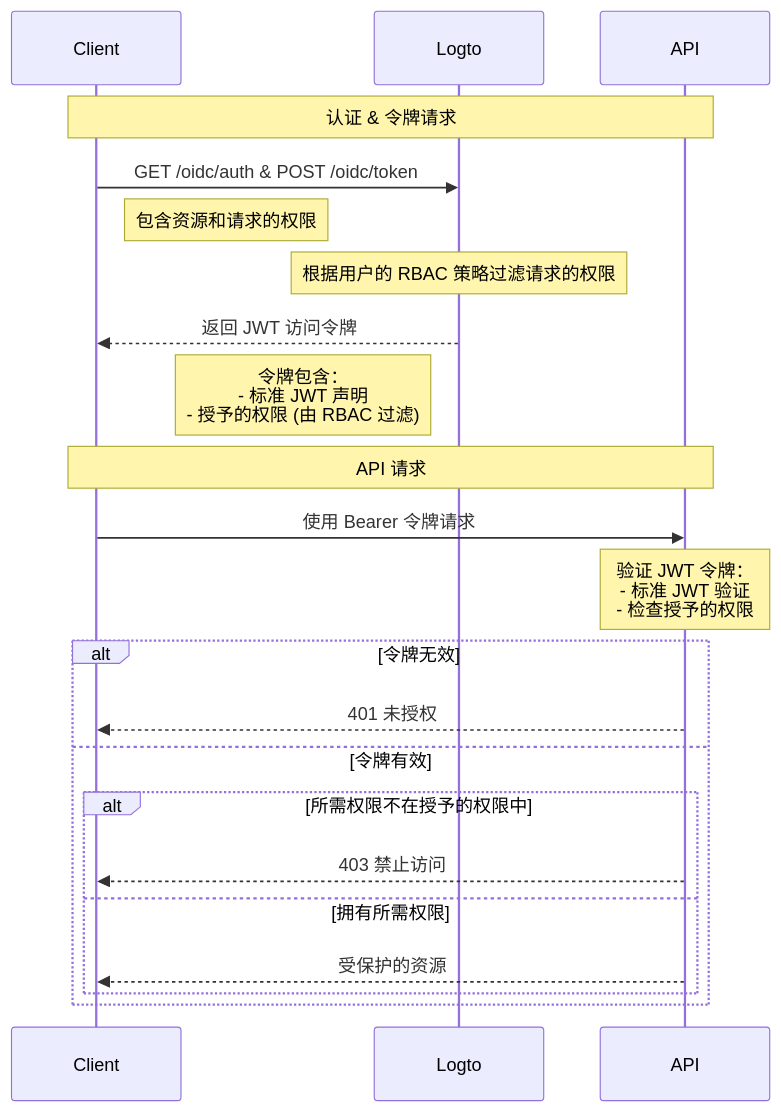
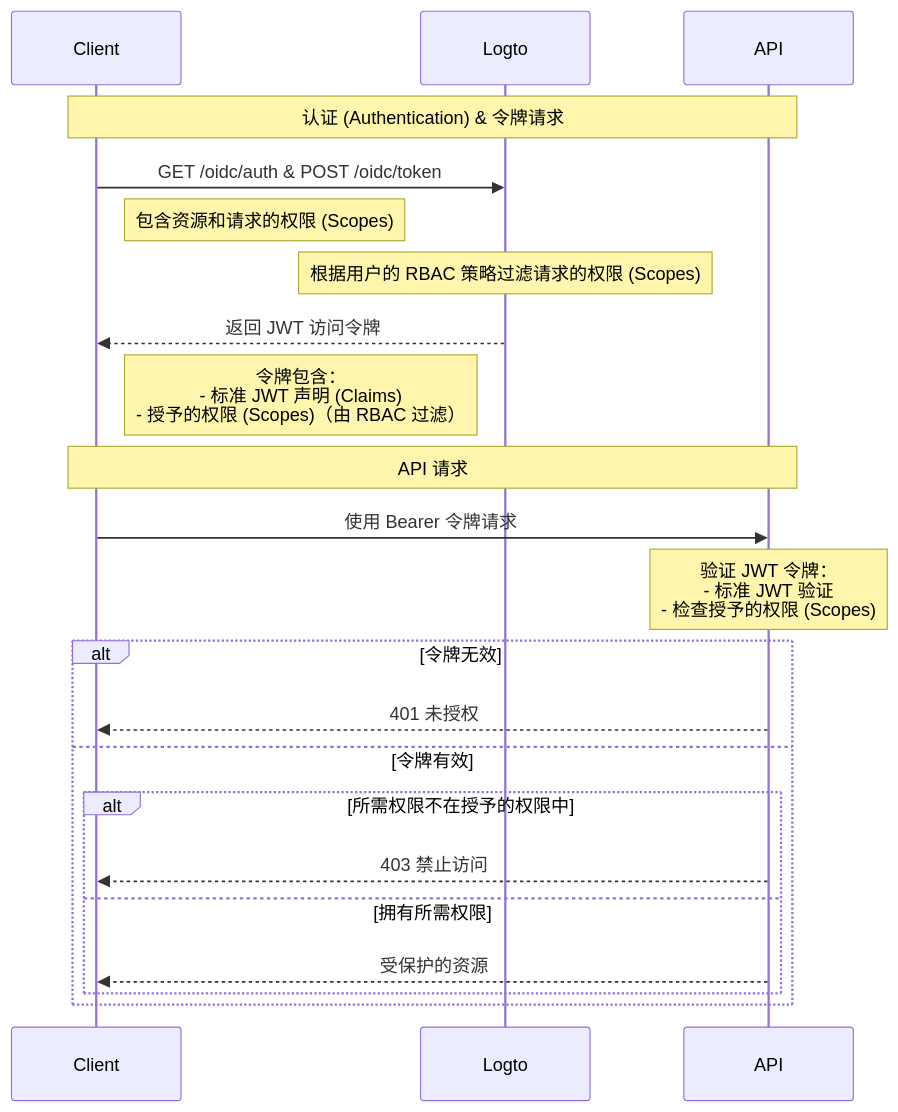
The diagram in i18n/zh-CN/docusaurus-plugin-content-docs/current/authorization/role-based-access-control/protect-api-resources-with-rbac.mdx (logto-io/docs), drawn with Mermaid before and after one commit. The commit also changed other lines of this file and 234 other files, not shown here.

````diff
--- a/i18n/zh-CN/docusaurus-plugin-content-docs/current/authorization/role-based-access-control/protect-api-resources-with-rbac.mdx
+++ b/i18n/zh-CN/docusaurus-plugin-content-docs/current/authorization/role-based-access-control/protect-api-resources-with-rbac.mdx
@@ -13,29 +13,29 @@
 ```mermaid
 sequenceDiagram
     participant Client
     participant Logto
     participant API
 
-    Note over Client,API: 认证 & 令牌请求
+    Note over Client,API: 认证 (Authentication) & 令牌请求
     Client->>Logto: GET /oidc/auth & POST /oidc/token
-    Note right of Client: 包含资源和请求的权限
+    Note right of Client: 包含资源和请求的权限 (Scopes)
 
-    Note over Logto: 根据用户的 RBAC 策略过滤请求的权限
+    Note over Logto: 根据用户的 RBAC 策略过滤请求的权限 (Scopes)
     Logto-->>Client: 返回 JWT 访问令牌
-    Note left of Logto: 令牌包含：<br/>- 标准 JWT 声明<br/>- 授予的权限 (由 RBAC 过滤)
+    Note left of Logto: 令牌包含：<br/>- 标准 JWT 声明 (Claims)<br/>- 授予的权限 (Scopes)（由 RBAC 过滤）
 
     Note over Client,API: API 请求
     Client->>API: 使用 Bearer 令牌请求
 
-    Note over API: 验证 JWT 令牌：<br/>- 标准 JWT 验证<br/>- 检查授予的权限
+    Note over API: 验证 JWT 令牌：<br/>- 标准 JWT 验证<br/>- 检查授予的权限 (Scopes)
 
     alt 令牌无效
         API-->>Client: 401 未授权
     else 令牌有效
         alt 所需权限不在授予的权限中
             API-->>Client: 403 禁止访问
         else 拥有所需权限
             API-->>Client: 受保护的资源
         end
     end
 ```
````
